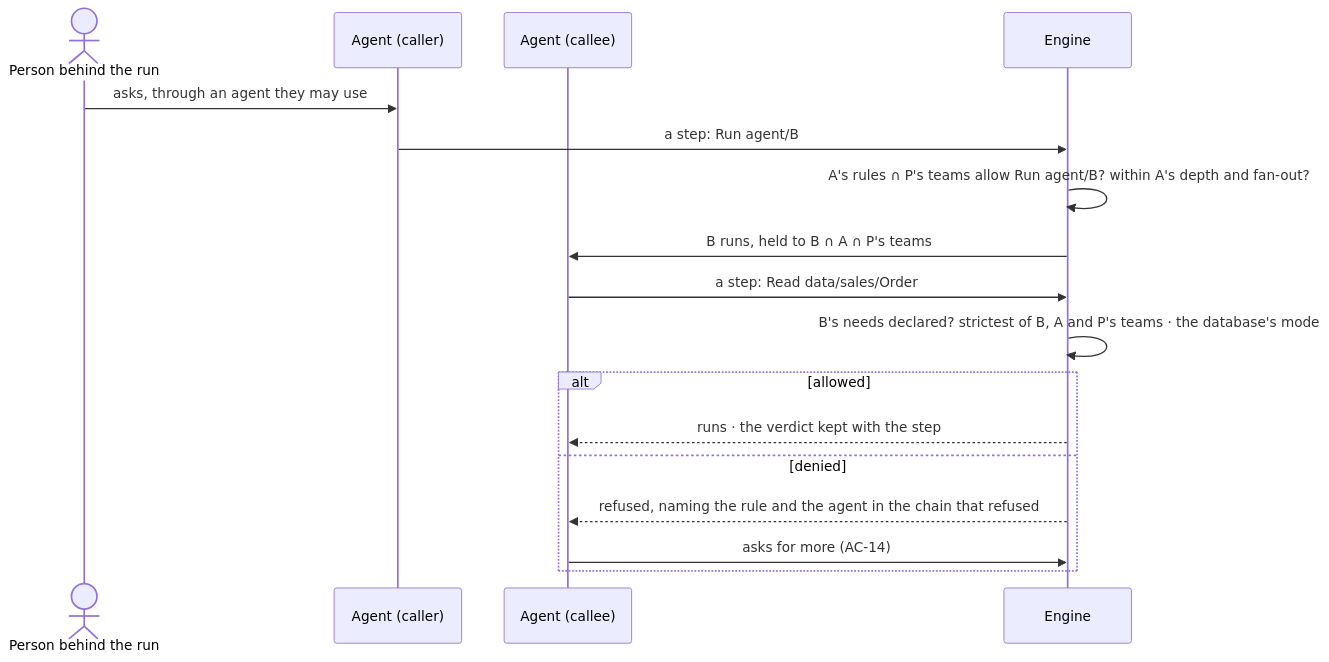
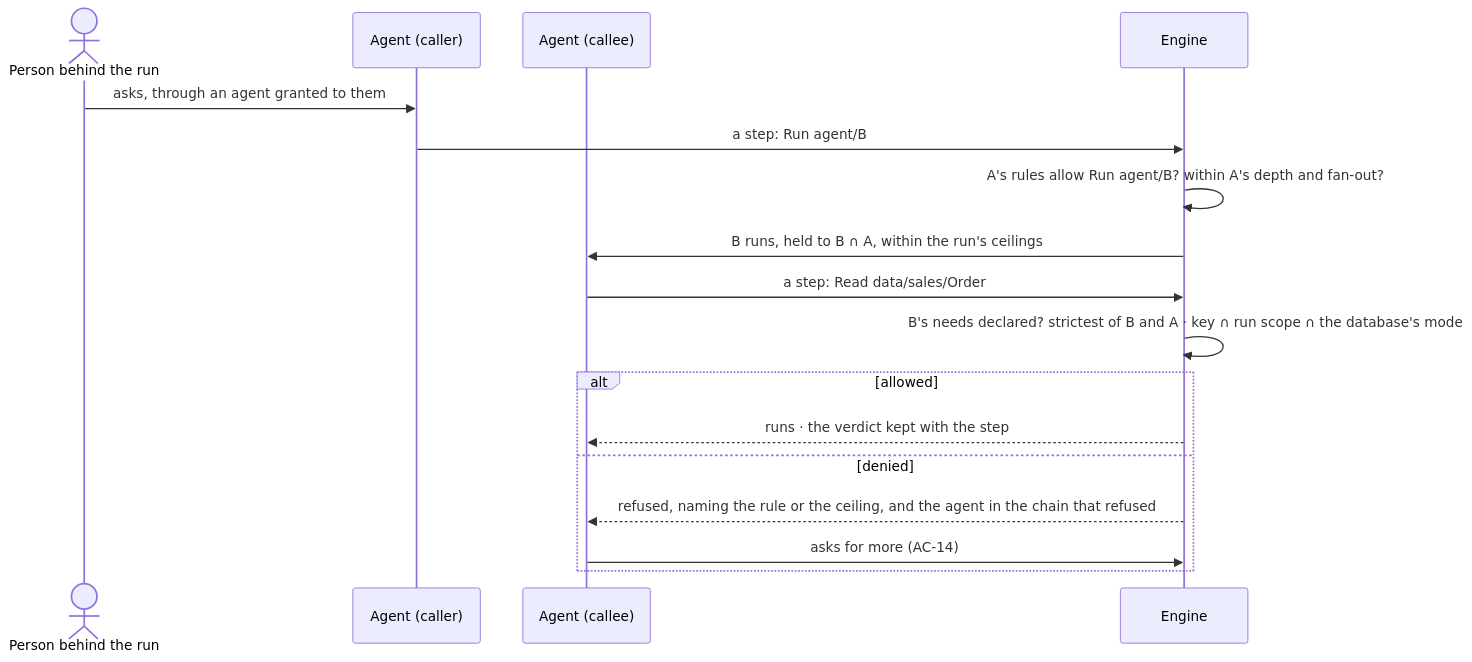
One commit to invana/invana changed the second of 2 diagrams in specs/os/access/features/AC-F04-what-an-agent-may-touch/feature.md. Above: the diagram before and after it, drawn with Mermaid. The commit also changed other lines of this file and 300 other files, not shown here.

````diff
--- a/specs/os/access/features/AC-F04-what-an-agent-may-touch/feature.md
+++ b/specs/os/access/features/AC-F04-what-an-agent-may-touch/feature.md
@@ -47,19 +48,19 @@
 ```mermaid
 sequenceDiagram
   actor P as Person behind the run
   participant A as Agent (caller)
   participant B as Agent (callee)
   participant E as Engine
-  P->>A: asks, through an agent they may use
+  P->>A: asks, through an agent granted to them
   A->>E: a step: Run agent/B
-  E->>E: A's rules ∩ P's teams allow Run agent/B? within A's depth and fan-out?
-  E->>B: B runs, held to B ∩ A ∩ P's teams
+  E->>E: A's rules allow Run agent/B? within A's depth and fan-out?
+  E->>B: B runs, held to B ∩ A, within the run's ceilings
   B->>E: a step: Read data/sales/Order
-  E->>E: B's needs declared? strictest of B, A and P's teams · the database's mode
+  E->>E: B's needs declared? strictest of B and A · key ∩ run scope ∩ the database's mode
   alt allowed
     E-->>B: runs · the verdict kept with the step
   else denied
-    E-->>B: refused, naming the rule and the agent in the chain that refused
+    E-->>B: refused, naming the rule or the ceiling, and the agent in the chain that refused
     B->>E: asks for more (AC-14)
   end
 ```
````
